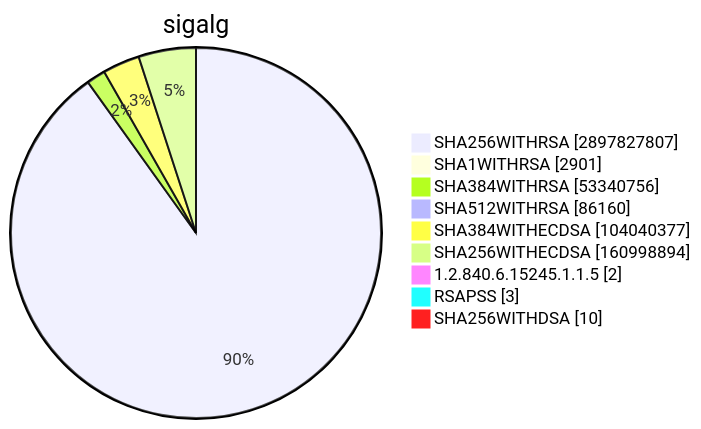
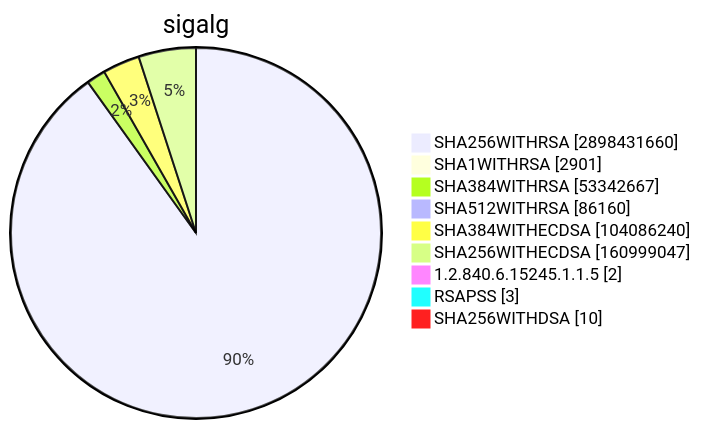
One commit to christiankrug/ctmonitor_visualization changed diagram 15 of 15 in TOTAL/README.md. Above: the diagram before and after it, drawn with Mermaid. The commit also changed other lines of this file, not shown here.

````diff
--- a/TOTAL/README.md
+++ b/TOTAL/README.md
@@ -6207,13 +6207,13 @@
 ```mermaid
 pie showData
 title sigalg
-"SHA256WITHRSA" :2897827807
+"SHA256WITHRSA" :2898431660
 "SHA1WITHRSA" :2901
-"SHA384WITHRSA" :53340756
+"SHA384WITHRSA" :53342667
 "SHA512WITHRSA" :86160
-"SHA384WITHECDSA" :104040377
-"SHA256WITHECDSA" :160998894
+"SHA384WITHECDSA" :104086240
+"SHA256WITHECDSA" :160999047
 "1.2.840.6.15245.1.1.5" :2
 "RSAPSS" :3
 "SHA256WITHDSA" :10
 ```
````
